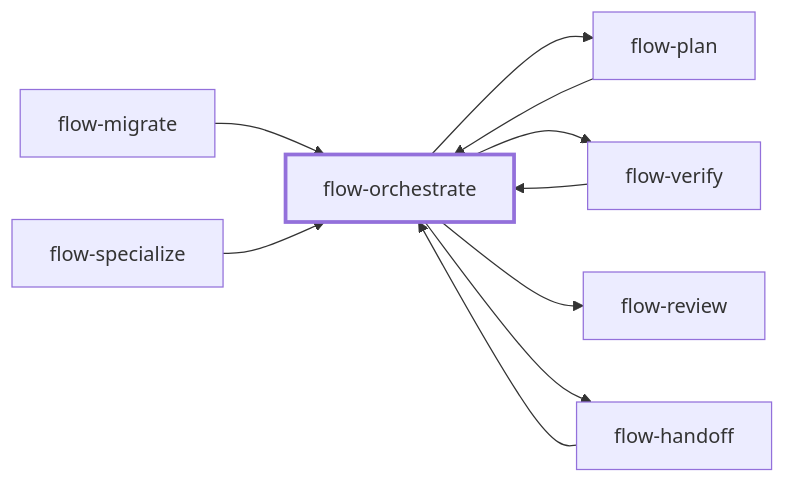
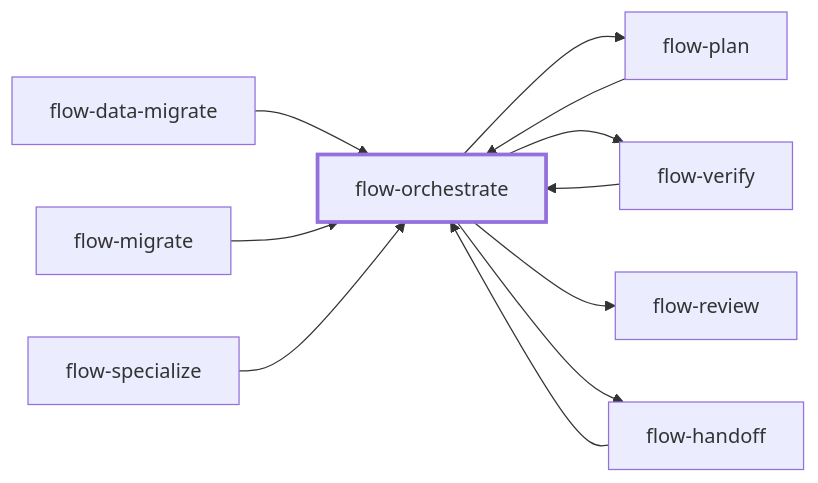
One commit to emiliodominguez/flow-skills changed the diagram in docs/skills/flow-orchestrate.md. Above: the diagram before and after it, drawn with Mermaid. The commit also changed 13 other files, not shown here.

````diff
--- a/docs/skills/flow-orchestrate.md
+++ b/docs/skills/flow-orchestrate.md
@@ -9,21 +9,23 @@
 ```mermaid
 flowchart LR
   flow_orchestrate["flow-orchestrate"]
+  flow_data_migrate["flow-data-migrate"]
   flow_handoff["flow-handoff"]
   flow_migrate["flow-migrate"]
   flow_plan["flow-plan"]
   flow_specialize["flow-specialize"]
   flow_verify["flow-verify"]
   flow_review["flow-review"]
+  flow_data_migrate --> flow_orchestrate
   flow_handoff --> flow_orchestrate
   flow_migrate --> flow_orchestrate
   flow_plan --> flow_orchestrate
   flow_specialize --> flow_orchestrate
   flow_verify --> flow_orchestrate
   flow_orchestrate --> flow_plan
   flow_orchestrate --> flow_verify
   flow_orchestrate --> flow_review
   flow_orchestrate --> flow_handoff
   classDef focus stroke-width:3px
   class flow_orchestrate focus
 ```
````
